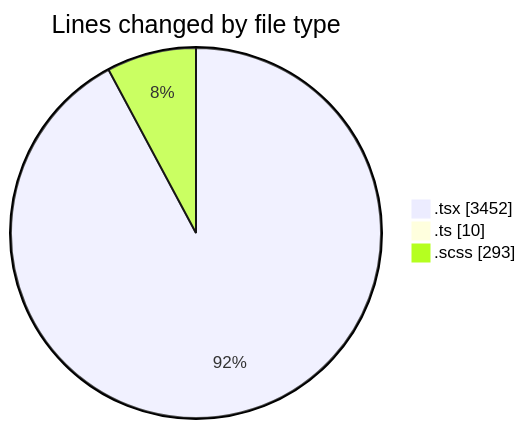
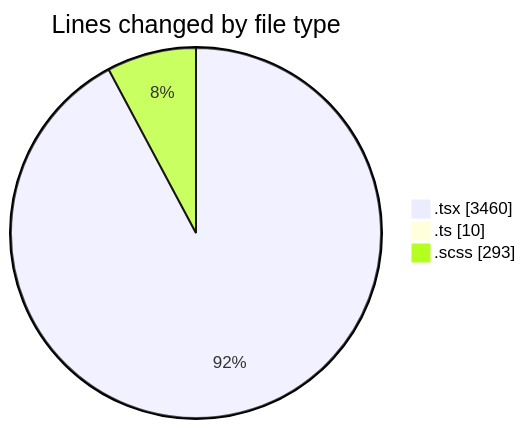
One commit to momahboobian/code-tracking changed the first of 2 diagrams in 2025-11-17/cda/README.md. Above: the diagram before and after it, drawn with Mermaid. The commit also changed other lines of this file and 1 other file, not shown here.

````diff
--- a/2025-11-17/cda/README.md
+++ b/2025-11-17/cda/README.md
@@ -27,7 +27,7 @@
 ```mermaid
 pie showData
 title Lines changed by file type
-".tsx" : 3452
+".tsx" : 3460
 ".ts" : 10
 ".scss" : 293
 ```
````
